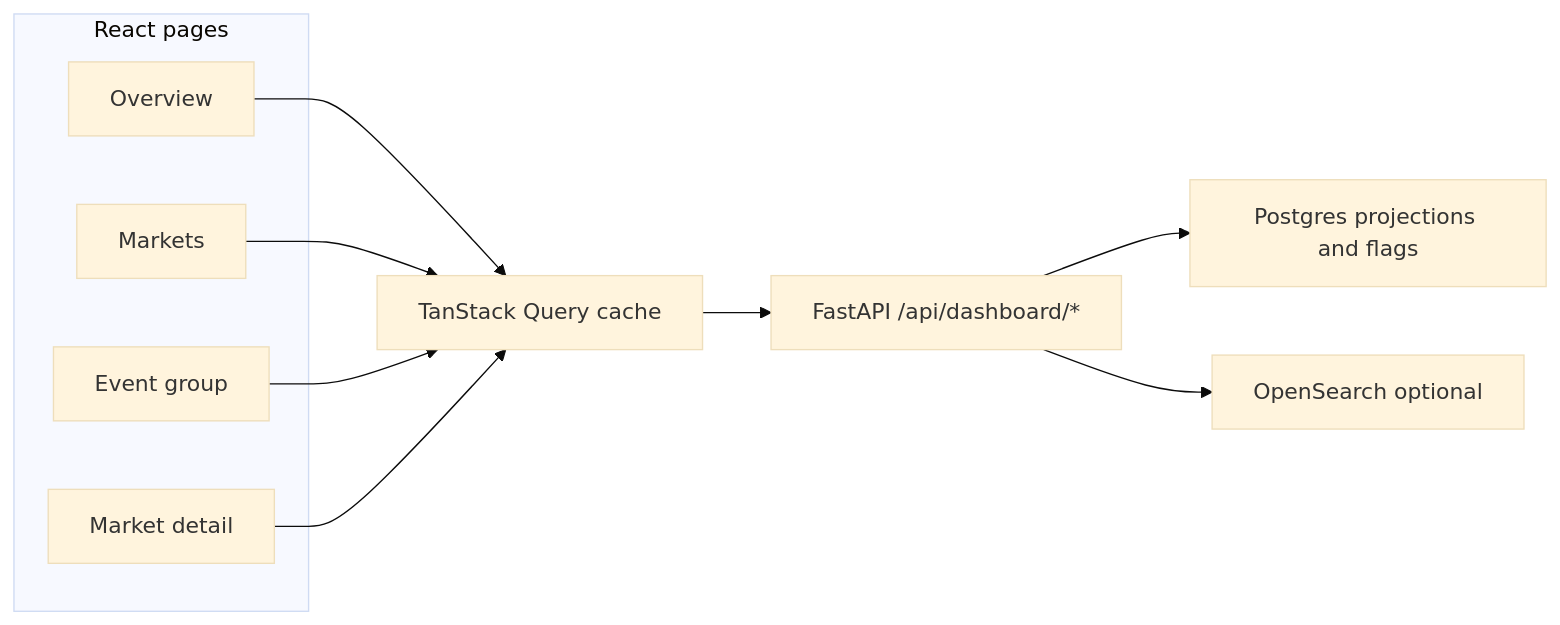
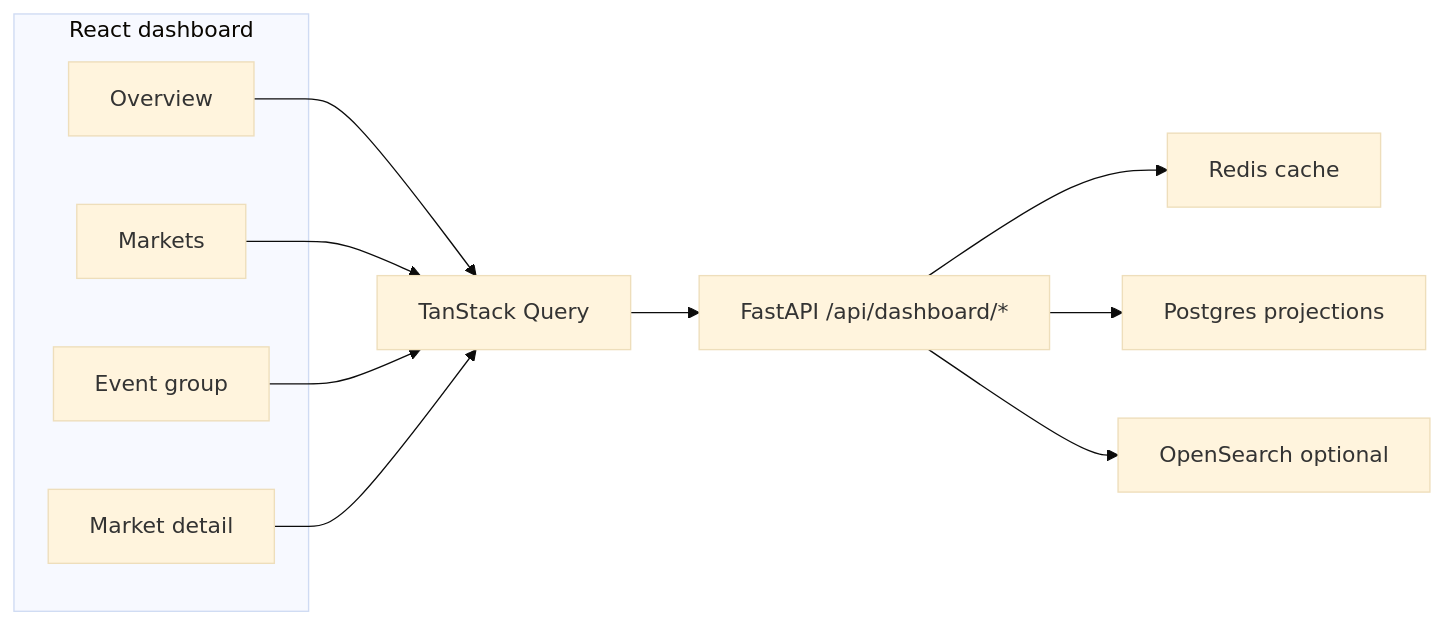
Before and after one commit to hong-david/predictionmarkets: the third of 3 diagrams in README.md, drawn with Mermaid (base theme). The commit also changed other lines of this file and 20 other files, not shown here.

Commit message:
Add evidence-backed retention and chart rollups

````diff
--- a/README.md
+++ b/README.md
@@ -359,22 +321,24 @@
 ```mermaid
 flowchart LR
-  subgraph Pages["React pages"]
+  subgraph Frontend["React dashboard"]
     O["Overview"]
-    MB["Markets"]
-    EG["Event group"]
-    MD["Market detail"]
+    L["Markets"]
+    E["Event group"]
+    D["Market detail"]
   end
 
-  Q["TanStack Query cache"]
+  Q["TanStack Query"]
   API["FastAPI /api/dashboard/*"]
-  PG["Postgres projections and flags"]
-  OS["OpenSearch optional"]
+  R["Redis cache"]
+  P["Postgres projections"]
+  S["OpenSearch optional"]
 
   O --> Q
-  MB --> Q
-  EG --> Q
-  MD --> Q
+  L --> Q
+  E --> Q
+  D --> Q
   Q --> API
-  API --> PG
-  API --> OS
+  API --> R
+  API --> P
+  API --> S
 ```
````
